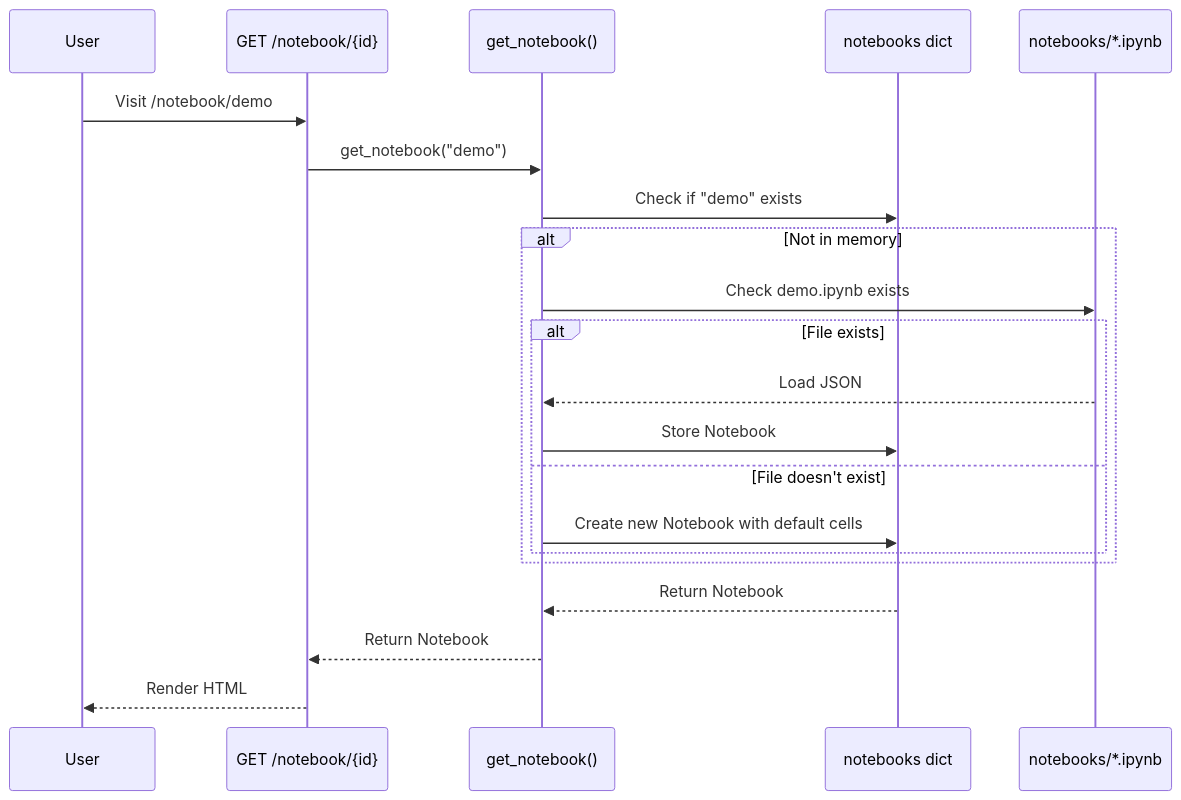
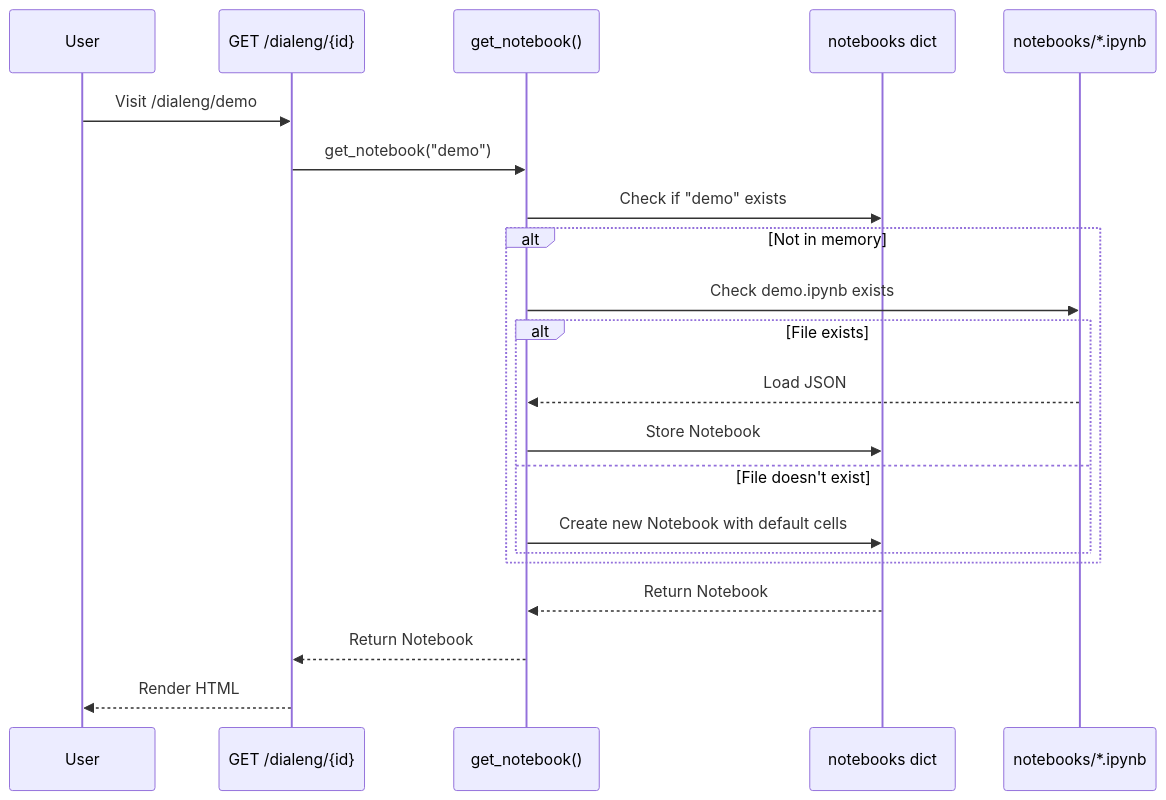
Before and after one commit to sgaseretto/solveish: the fourth of 6 diagrams in docs/how_it_works/01_state_management.md, drawn with Mermaid. The commit also changed other lines of this file and 24 other files, not shown here.

````diff
--- a/docs/how_it_works/01_state_management.md
+++ b/docs/how_it_works/01_state_management.md
@@ -197,24 +197,24 @@
 ```mermaid
 sequenceDiagram
     participant User
-    participant Route as GET /notebook/{id}
+    participant Route as GET /dialeng/{id}
     participant Fn as get_notebook()
     participant Dict as notebooks dict
     participant Disk as notebooks/*.ipynb
 
-    User->>Route: Visit /notebook/demo
+    User->>Route: Visit /dialeng/demo
     Route->>Fn: get_notebook("demo")
     Fn->>Dict: Check if "demo" exists
     alt Not in memory
         Fn->>Disk: Check demo.ipynb exists
         alt File exists
             Disk-->>Fn: Load JSON
             Fn->>Dict: Store Notebook
         else File doesn't exist
             Fn->>Dict: Create new Notebook with default cells
         end
     end
     Dict-->>Fn: Return Notebook
     Fn-->>Route: Return Notebook
     Route-->>User: Render HTML
 ```
````
